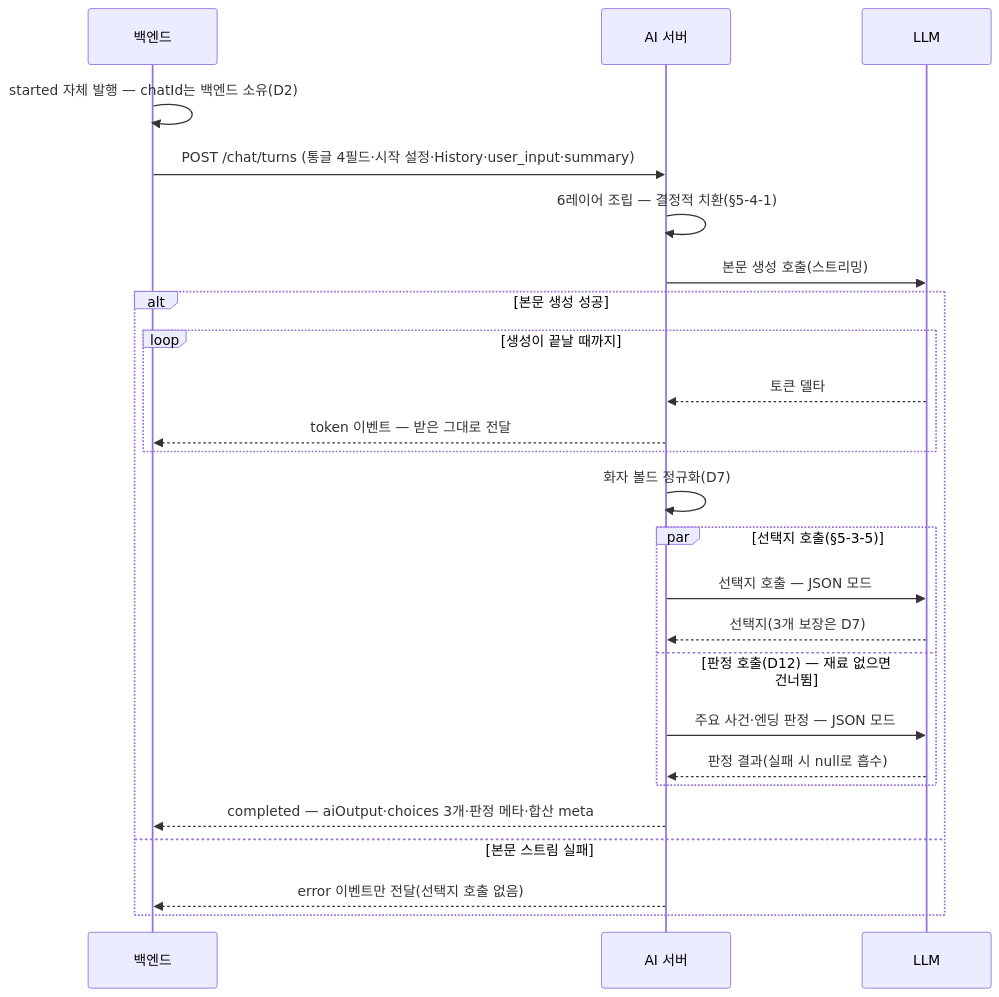
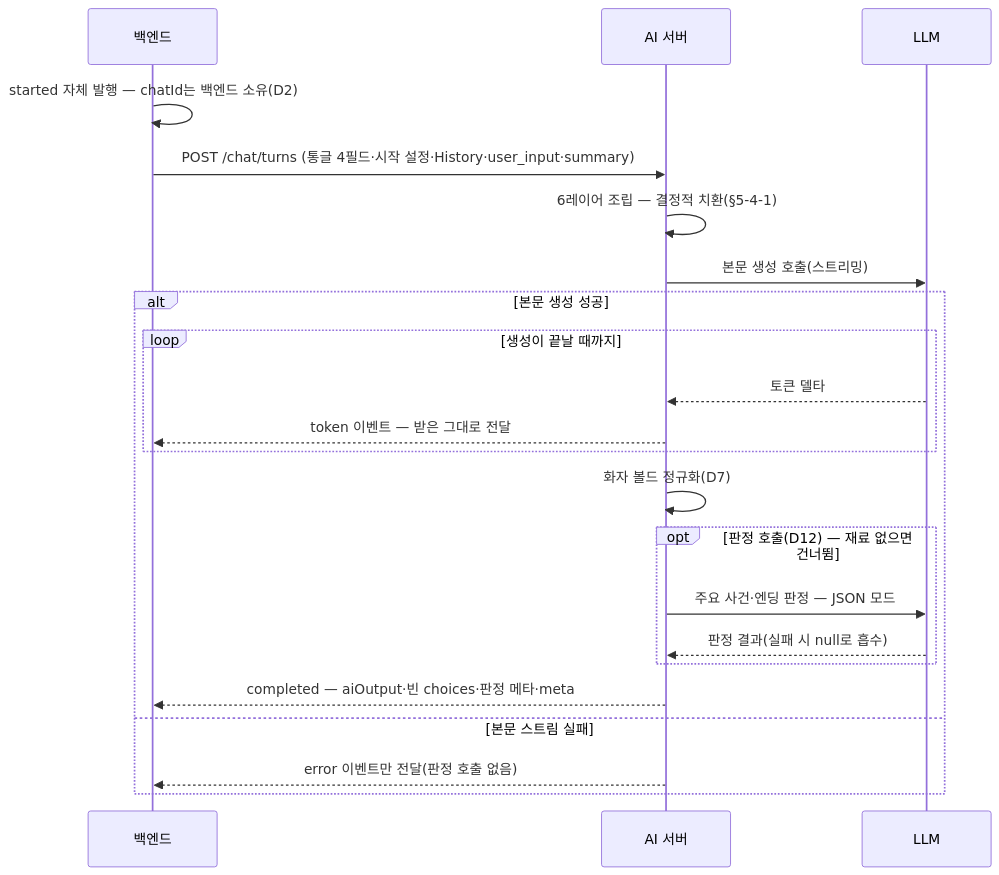
One commit to KIM-N-KANG/knk-harness changed the fourth of 8 diagrams in docs/product-specs/5-ai-server.md. Above: the diagram before and after it, drawn with Mermaid. The commit also changed other lines of this file, not shown here.

First line of the commit message:
[KNK-630] Docs: AI 서버 스펙에 선택지 전용 API 분리 반영(v1.2) (#57)

````diff
--- a/docs/product-specs/5-ai-server.md
+++ b/docs/product-specs/5-ai-server.md
@@ -464,28 +471,25 @@
 ```mermaid
 sequenceDiagram
     participant BE as 백엔드
     participant AI as AI 서버
     participant LLM as LLM
 
     BE->>BE: started 자체 발행 — chatId는 백엔드 소유(D2)
     BE->>AI: POST /chat/turns (통글 4필드·시작 설정·History·user_input·summary)
     AI->>AI: 6레이어 조립 — 결정적 치환(§5-4-1)
     AI->>LLM: 본문 생성 호출(스트리밍)
     alt 본문 생성 성공
         loop 생성이 끝날 때까지
             LLM-->>AI: 토큰 델타
             AI-->>BE: token 이벤트 — 받은 그대로 전달
         end
         AI->>AI: 화자 볼드 정규화(D7)
-        par 선택지 호출(§5-3-5)
-            AI->>LLM: 선택지 호출 — JSON 모드
-            LLM-->>AI: 선택지(3개 보장은 D7)
-        and 판정 호출(D12) — 재료 없으면 건너뜀
+        opt 판정 호출(D12) — 재료 없으면 건너뜀
             AI->>LLM: 주요 사건·엔딩 판정 — JSON 모드
             LLM-->>AI: 판정 결과(실패 시 null로 흡수)
         end
-        AI-->>BE: completed — aiOutput·choices 3개·판정 메타·합산 meta
+        AI-->>BE: completed — aiOutput·빈 choices·판정 메타·meta
     else 본문 스트림 실패
-        AI-->>BE: error 이벤트만 전달(선택지 호출 없음)
+        AI-->>BE: error 이벤트만 전달(판정 호출 없음)
     end
 ```
````
